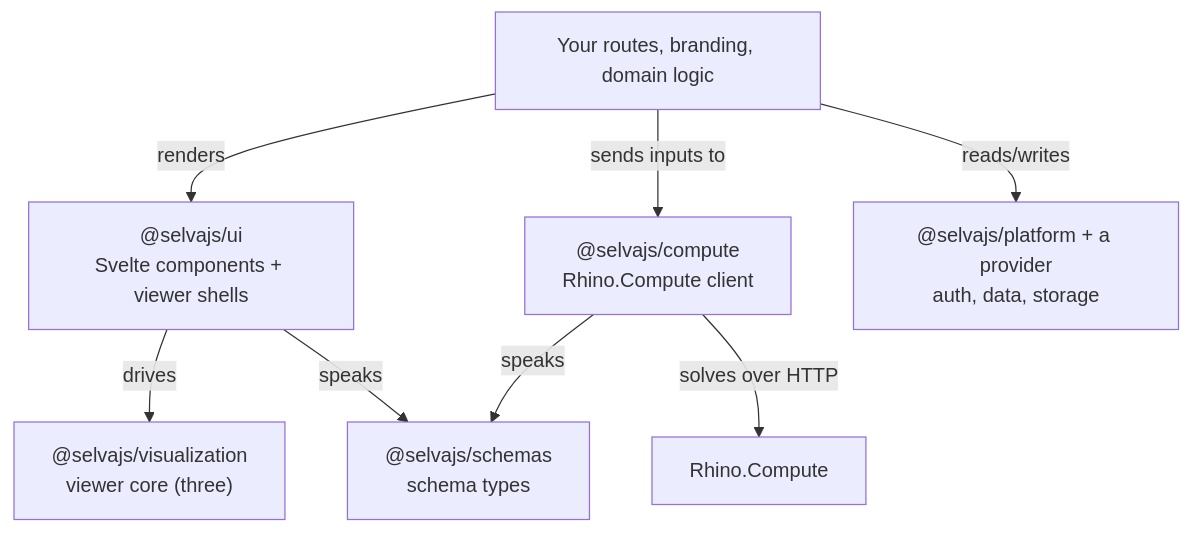
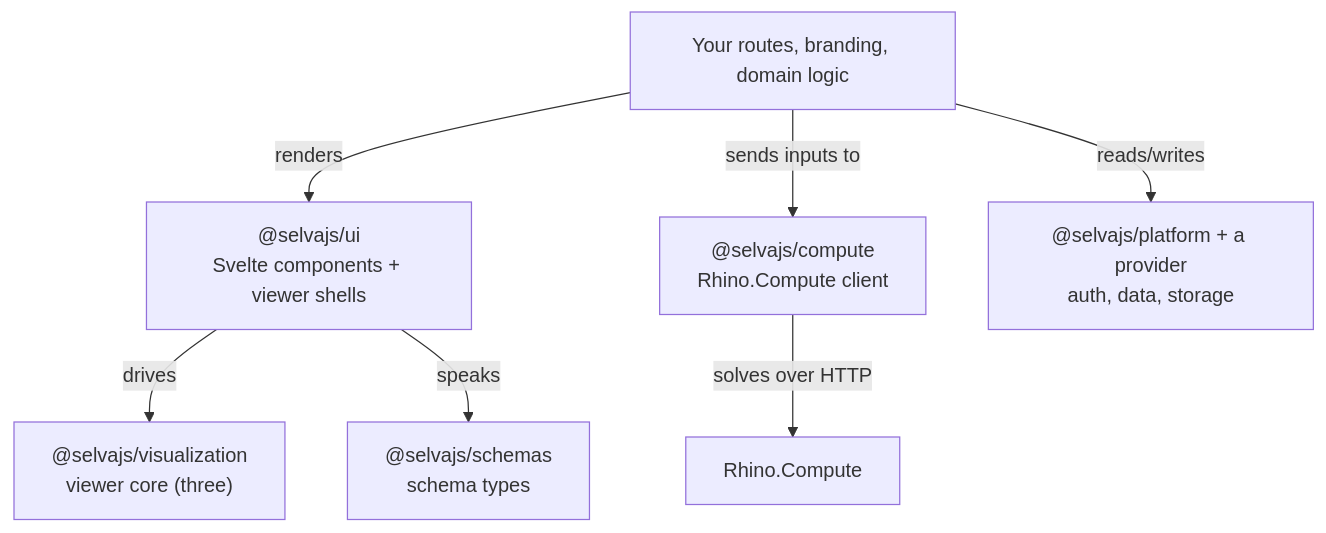
Before and after one commit to VektorNode/selva: the diagram in docs/packages/build/overview.md, drawn with Mermaid. The commit also changed other lines of this file and 56 other files, not shown here.

````diff
--- a/docs/packages/build/overview.md
+++ b/docs/packages/build/overview.md
@@ -14,18 +14,17 @@
 ```mermaid
 flowchart TB
     routes["Your routes, branding, domain logic"]
     ui["@selvajs/ui<br/>Svelte components + viewer shells"]
     viz["@selvajs/visualization<br/>viewer core (three)"]
     compute["@selvajs/compute<br/>Rhino.Compute client"]
     schemas["@selvajs/schemas<br/>schema types"]
     platform["@selvajs/platform + a provider<br/>auth, data, storage"]
     rc["Rhino.Compute"]
 
     routes -->|renders| ui
     routes -->|reads/writes| platform
     routes -->|sends inputs to| compute
     ui -->|drives| viz
     ui -->|speaks| schemas
-    compute -->|speaks| schemas
     compute -->|solves over HTTP| rc
 ```
````
